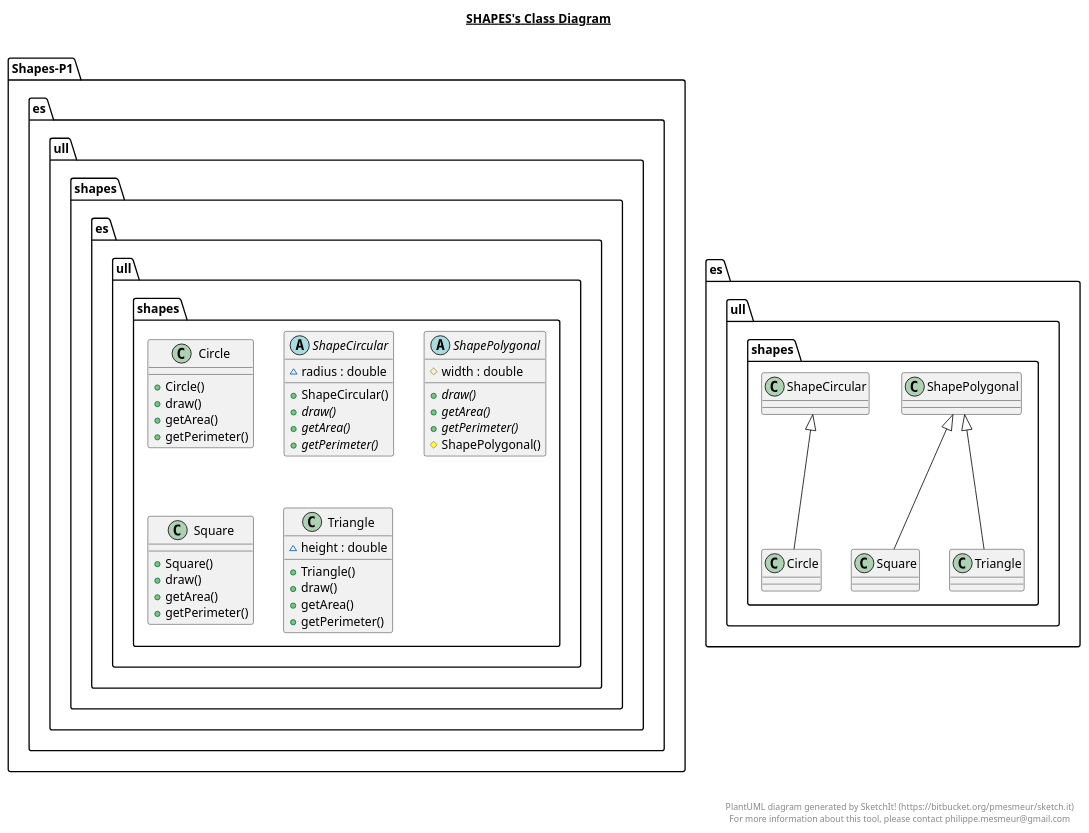
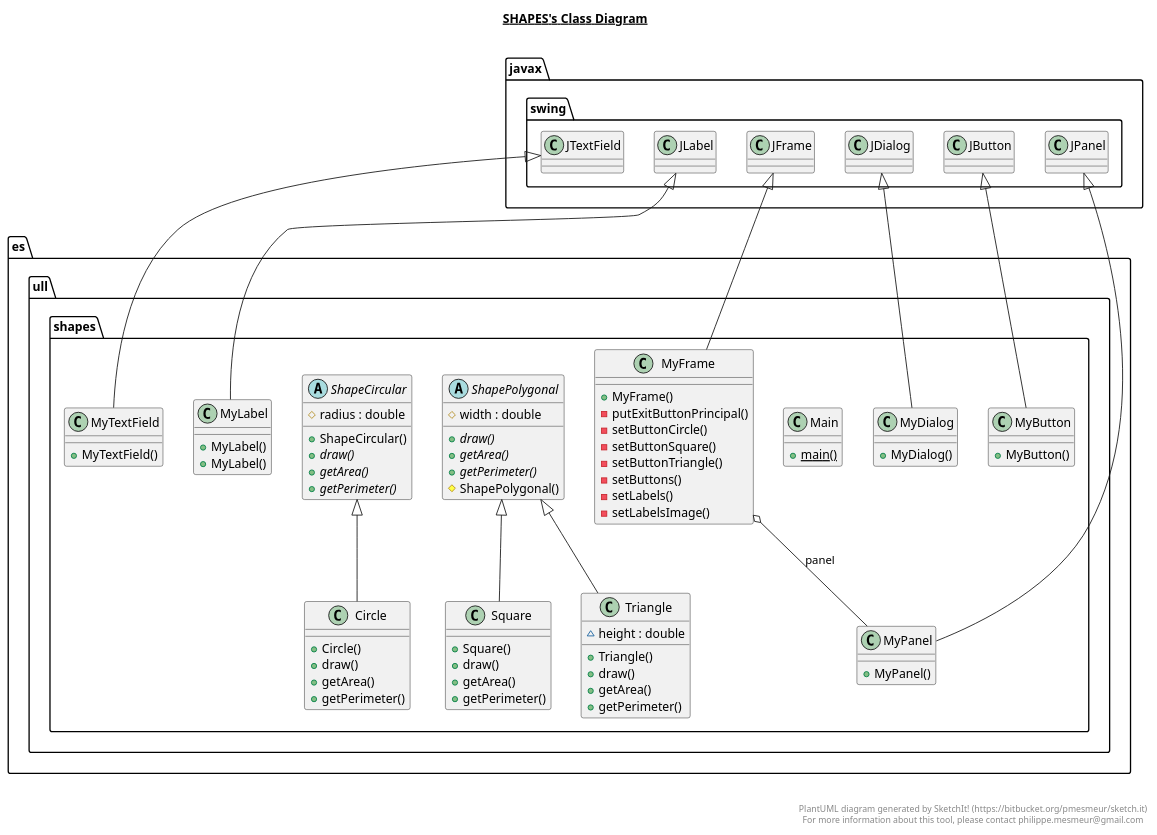
Before and after one commit to CelesteLD/P01-DAP-Parte2: the diagram in src/es/ull/shapes/shapes.plantuml, drawn with PlantUML. The commit also changed 24 other files, not shown here.

```diff
--- a/src/es/ull/shapes/shapes.plantuml
+++ b/src/es/ull/shapes/shapes.plantuml
@@ -1,80 +1,134 @@
 @startuml
 
 title __SHAPES's Class Diagram__\n
 
-  namespace Shapes-P1 {
-    namespace es.ull.shapes {
-      class es.ull.shapes.Circle {
-          + Circle()
-          + draw()
-          + getArea()
-          + getPerimeter()
-      }
+  namespace es.ull.shapes {
+    class es.ull.shapes.Circle {
+        + Circle()
+        + draw()
+        + getArea()
+        + getPerimeter()
     }
   }
   
 
-  namespace Shapes-P1 {
-    namespace es.ull.shapes {
-      abstract class es.ull.shapes.ShapeCircular {
-          ~ radius : double
-          + ShapeCircular()
-          {abstract} + draw()
-          {abstract} + getArea()
-          {abstract} + getPerimeter()
-      }
+  namespace es.ull.shapes {
+    class es.ull.shapes.Main {
+        {static} + main()
     }
   }
   
 
-  namespace Shapes-P1 {
-    namespace es.ull.shapes {
-      abstract class es.ull.shapes.ShapePolygonal {
-          # width : double
-          {abstract} + draw()
-          {abstract} + getArea()
-          {abstract} + getPerimeter()
-          # ShapePolygonal()
-      }
+  namespace es.ull.shapes {
+    class es.ull.shapes.MyButton {
+        + MyButton()
     }
   }
   
 
-  namespace Shapes-P1 {
-    namespace es.ull.shapes {
-      class es.ull.shapes.Square {
-          + Square()
-          + draw()
-          + getArea()
-          + getPerimeter()
-      }
+  namespace es.ull.shapes {
+    class es.ull.shapes.MyDialog {
+        + MyDialog()
     }
   }
   
 
-  namespace Shapes-P1 {
-    namespace es.ull.shapes {
-      class es.ull.shapes.Triangle {
-          ~ height : double
-          + Triangle()
-          + draw()
-          + getArea()
-          + getPerimeter()
-      }
+  namespace es.ull.shapes {
+    class es.ull.shapes.MyFrame {
+        + MyFrame()
+        - putExitButtonPrincipal()
+        - setButtonCircle()
+        - setButtonSquare()
+        - setButtonTriangle()
+        - setButtons()
+        - setLabels()
+        - setLabelsImage()
+    }
+  }
+  
+
+  namespace es.ull.shapes {
+    class es.ull.shapes.MyLabel {
+        + MyLabel()
+        + MyLabel()
+    }
+  }
+  
+
+  namespace es.ull.shapes {
+    class es.ull.shapes.MyPanel {
+        + MyPanel()
+    }
+  }
+  
+
+  namespace es.ull.shapes {
+    class es.ull.shapes.MyTextField {
+        + MyTextField()
+    }
+  }
+  
+
+  namespace es.ull.shapes {
+    abstract class es.ull.shapes.ShapeCircular {
+        # radius : double
+        + ShapeCircular()
+        {abstract} + draw()
+        {abstract} + getArea()
+        {abstract} + getPerimeter()
+    }
+  }
+  
+
+  namespace es.ull.shapes {
+    abstract class es.ull.shapes.ShapePolygonal {
+        # width : double
+        {abstract} + draw()
+        {abstract} + getArea()
+        {abstract} + getPerimeter()
+        # ShapePolygonal()
+    }
+  }
+  
+
+  namespace es.ull.shapes {
+    class es.ull.shapes.Square {
+        + Square()
+        + draw()
+        + getArea()
+        + getPerimeter()
+    }
+  }
+  
+
+  namespace es.ull.shapes {
+    class es.ull.shapes.Triangle {
+        ~ height : double
+        + Triangle()
+        + draw()
+        + getArea()
+        + getPerimeter()
     }
   }
   
 
   es.ull.shapes.Circle -up-|> es.ull.shapes.ShapeCircular
+  es.ull.shapes.MyButton -up-|> javax.swing.JButton
+  es.ull.shapes.MyDialog -up-|> javax.swing.JDialog
+  es.ull.shapes.MyFrame -up-|> javax.swing.JFrame
+  es.ull.shapes.MyFrame o-- es.ull.shapes.MyPanel : panel
+  es.ull.shapes.MyLabel -up-|> javax.swing.JLabel
+  es.ull.shapes.MyPanel -up-|> javax.swing.JPanel
+  es.ull.shapes.MyTextField -up-|> javax.swing.JTextField
   es.ull.shapes.Square -up-|> es.ull.shapes.ShapePolygonal
   es.ull.shapes.Triangle -up-|> es.ull.shapes.ShapePolygonal
 
 
 right footer
 
 
 PlantUML diagram generated by SketchIt! (https://bitbucket.org/pmesmeur/sketch.it)
 For more information about this tool, please contact philippe.mesmeur@gmail.com
 endfooter
 
 @enduml
```
